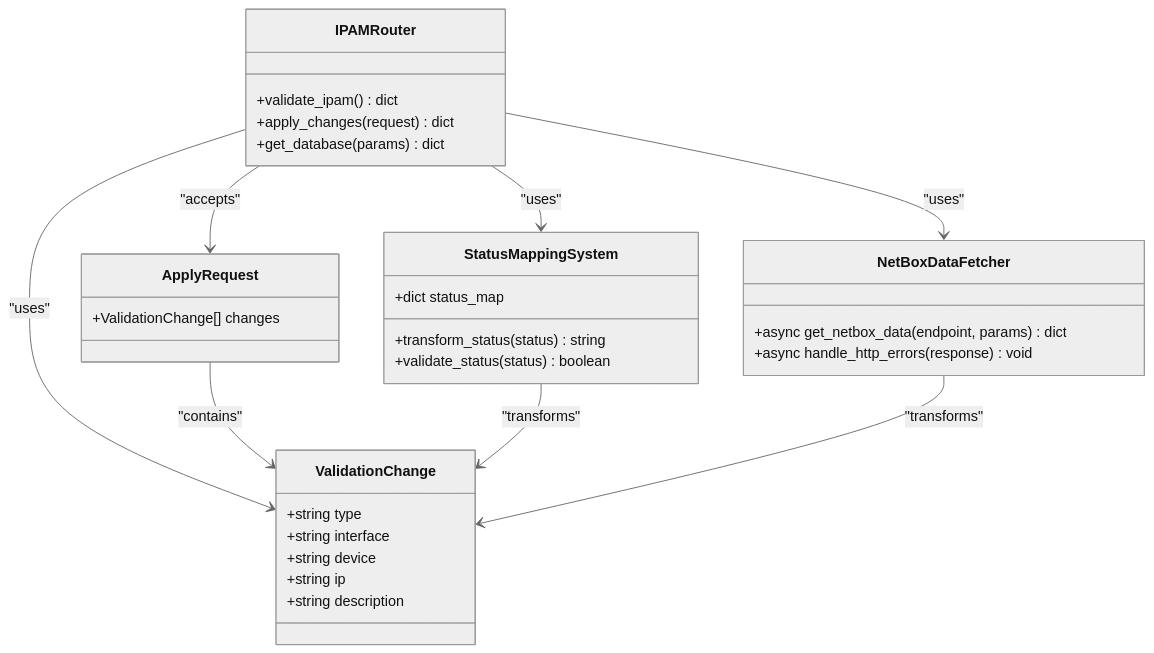
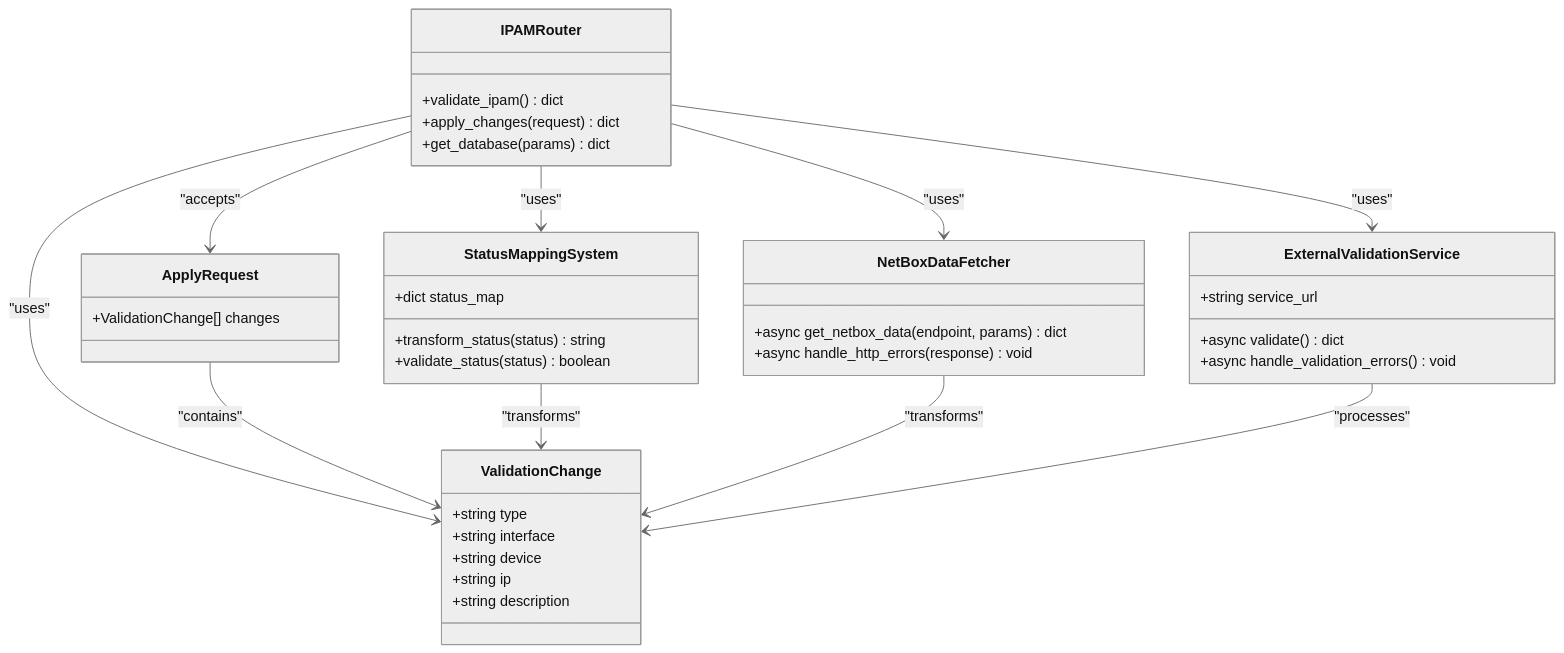
Before and after one commit to Nikita5543/New-SSO-02: the fourth of 11 diagrams in .qoder/repowiki/en/content/Built-in Plugins/IPAM Plugin.md, drawn with Mermaid (neutral theme). The commit also changed other lines of this file and 3 other files, not shown here.

````diff
--- a/.qoder/repowiki/en/content/Built-in Plugins/IPAM Plugin.md
+++ b/.qoder/repowiki/en/content/Built-in Plugins/IPAM Plugin.md
@@ -234,34 +240,41 @@
 ```mermaid
 classDiagram
 class ValidationChange {
 +string type
 +string interface
 +string device
 +string ip
 +string description
 }
 class ApplyRequest {
 +ValidationChange[] changes
+}
+class ExternalValidationService {
++string service_url
++async validate() dict
++async handle_validation_errors() void
 }
 class NetBoxDataFetcher {
 +async get_netbox_data(endpoint, params) dict
 +async handle_http_errors(response) void
 }
 class IPAMRouter {
 +validate_ipam() dict
 +apply_changes(request) dict
 +get_database(params) dict
 }
 class StatusMappingSystem {
 +dict status_map
 +transform_status(status) string
 +validate_status(status) boolean
 }
 IPAMRouter --> ValidationChange : "uses"
 IPAMRouter --> ApplyRequest : "accepts"
+IPAMRouter --> ExternalValidationService : "uses"
 IPAMRouter --> NetBoxDataFetcher : "uses"
 IPAMRouter --> StatusMappingSystem : "uses"
 ApplyRequest --> ValidationChange : "contains"
 StatusMappingSystem --> ValidationChange : "transforms"
 NetBoxDataFetcher --> ValidationChange : "transforms"
+ExternalValidationService --> ValidationChange : "processes"
 ```
````
